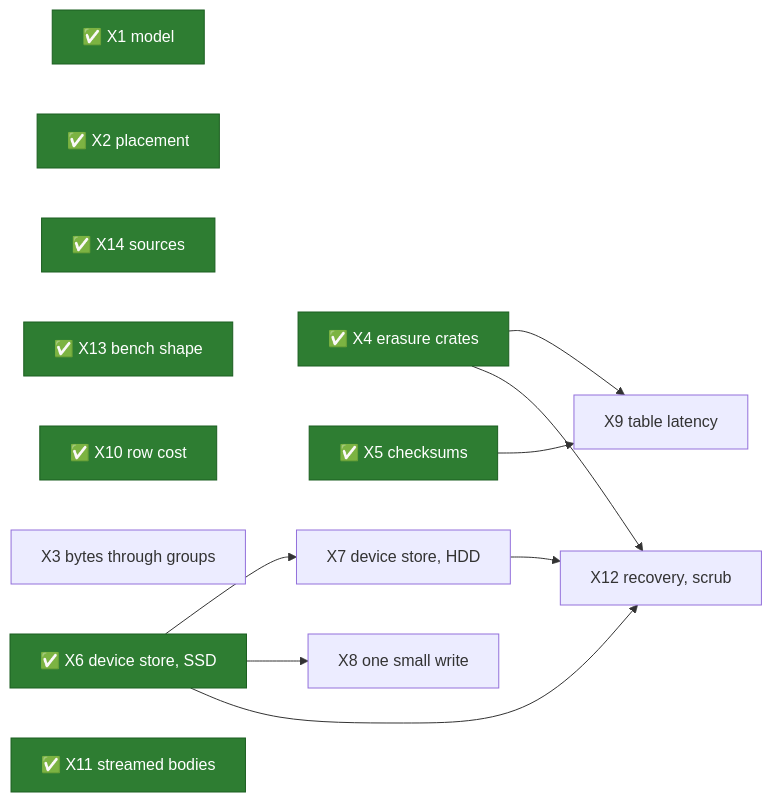
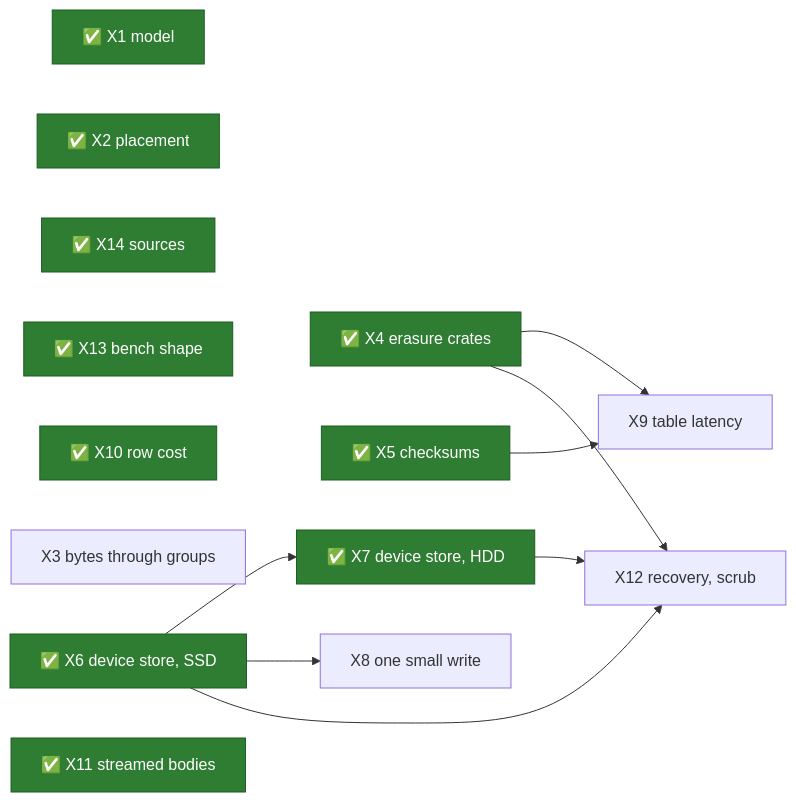
The diagram in docs/src/object-storage/spikes.md (mjcarson/shoal), drawn with Mermaid before and after one commit. The commit also changed other lines of this file and 213 other files, not shown here.

````diff
--- a/docs/src/object-storage/spikes.md
+++ b/docs/src/object-storage/spikes.md
@@ -792,25 +819,25 @@
 ```mermaid
 flowchart LR
     classDef done fill:#2e7d32,stroke:#1b5e20,color:#ffffff
     X1["✅ X1 model"]:::done
     X2["✅ X2 placement"]:::done
     X14["✅ X14 sources"]:::done
     X13["✅ X13 bench shape"]:::done
     X10["✅ X10 row cost"]:::done
     X3["X3 bytes through groups"]
     X4["✅ X4 erasure crates"]:::done
     X5["✅ X5 checksums"]:::done
     X6["✅ X6 device store, SSD"]:::done
-    X7["X7 device store, HDD"]
+    X7["✅ X7 device store, HDD"]:::done
     X8["X8 one small write"]
     X9["X9 table latency"]
     X11["✅ X11 streamed bodies"]:::done
     X12["X12 recovery, scrub"]
     X4 --> X9
     X5 --> X9
     X6 --> X7
     X6 --> X8
     X4 --> X12
     X6 --> X12
     X7 --> X12
 ```
````
